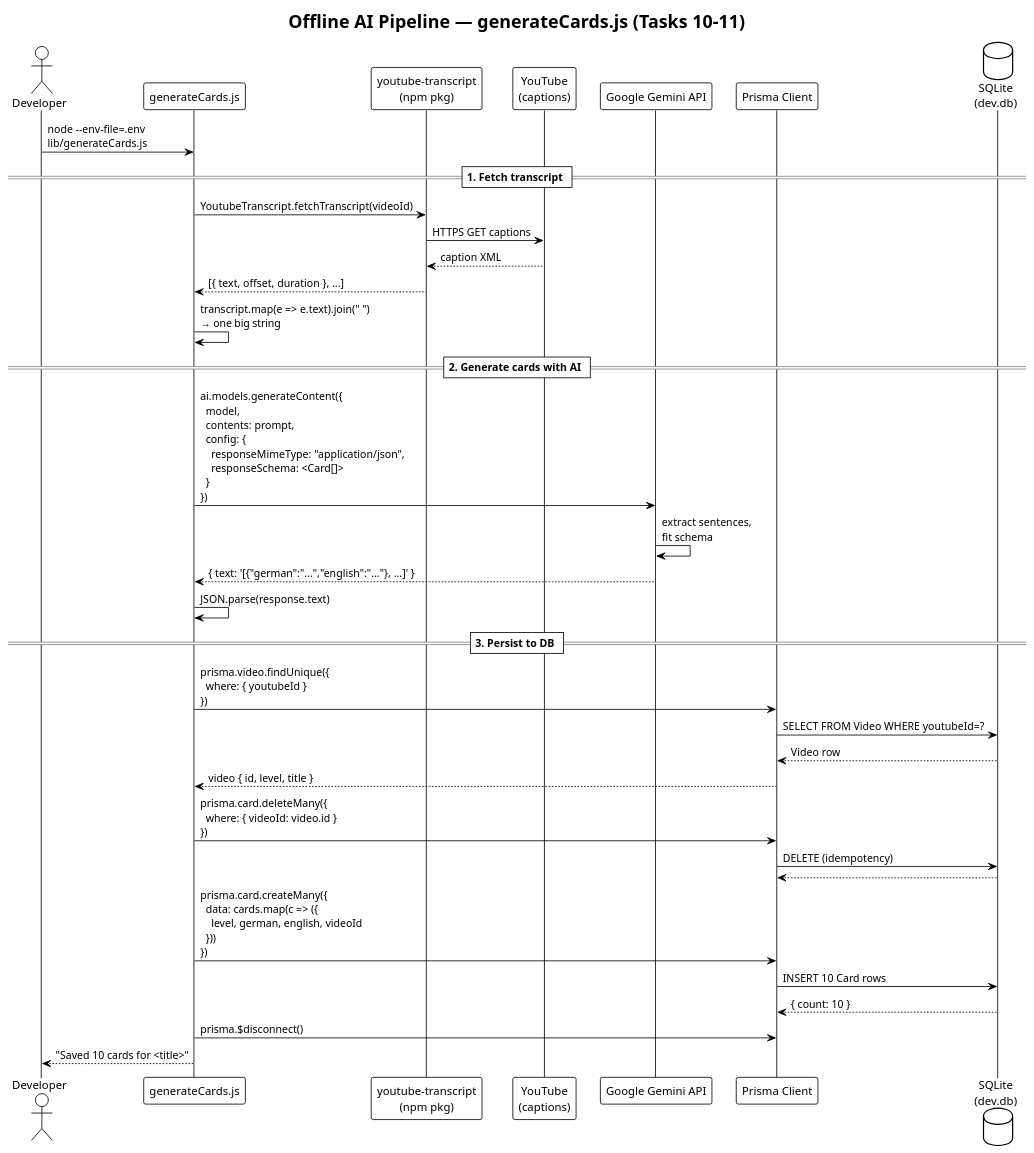
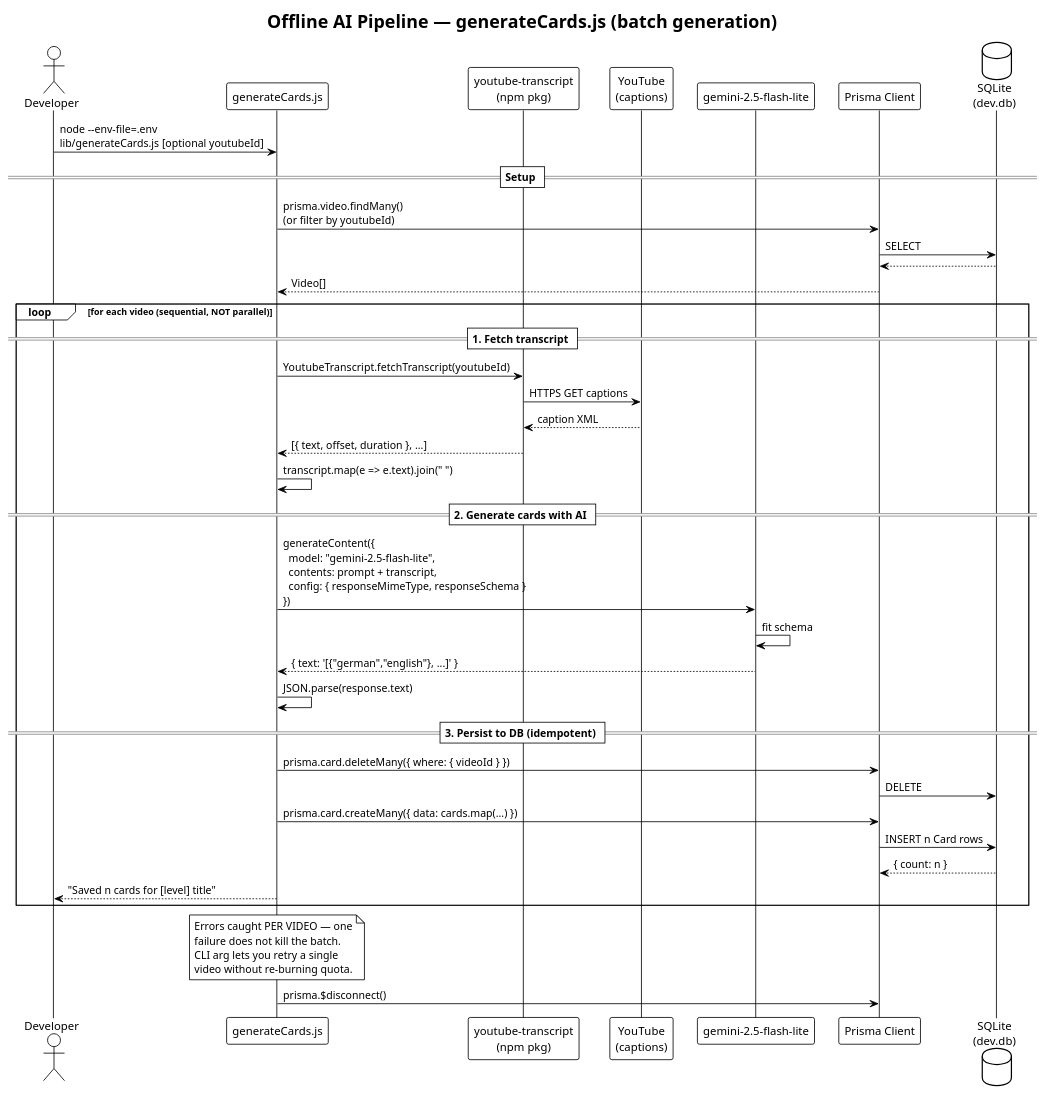
Before and after one commit to poojasha-tech/Flipdeutsch: the second of 5 diagrams in docs/architecture.puml, drawn with PlantUML. The commit also changed other lines of this file and 3 other files, not shown here.

First line of the commit message:
docs: engineering notes, polished README, updated architecture diagrams

```diff
--- a/docs/architecture.puml
+++ b/docs/architecture.puml
@@ -87,46 +92,54 @@
 @startuml 02_OfflinePipeline
 !theme plain
-title Offline AI Pipeline — generateCards.js (Tasks 10–11)
+title Offline AI Pipeline — generateCards.js (batch generation)
 
 actor "Developer" as dev
 participant "generateCards.js" as script
 participant "youtube-transcript\n(npm pkg)" as ytPkg
 participant "YouTube\n(captions)" as YT
-participant "Google Gemini API" as Gemini
+participant "gemini-2.5-flash-lite" as Gemini
 participant "Prisma Client" as prisma
 database "SQLite\n(dev.db)" as db
 
-dev -> script : node --env-file=.env\nlib/generateCards.js
+dev -> script : node --env-file=.env\nlib/generateCards.js [optional youtubeId]
 
-== 1. Fetch transcript ==
-script -> ytPkg : YoutubeTranscript.fetchTranscript(videoId)
-ytPkg -> YT : HTTPS GET captions
-YT --> ytPkg : caption XML
-ytPkg --> script : [{ text, offset, duration }, ...]
+== Setup ==
+script -> prisma : prisma.video.findMany()\n(or filter by youtubeId)
+prisma -> db : SELECT
+db --> prisma
+prisma --> script : Video[]
 
-script -> script : transcript.map(e => e.text).join(" ")\n→ one big string
+loop for each video (sequential, NOT parallel)
 
-== 2. Generate cards with AI ==
-script -> Gemini : ai.models.generateContent({\n  model,\n  contents: prompt,\n  config: {\n    responseMimeType: "application/json",\n    responseSchema: <Card[]>\n  }\n})
-Gemini -> Gemini : extract sentences,\nfit schema
-Gemini --> script : { text: '[{"german":"...","english":"..."}, ...]' }
+  == 1. Fetch transcript ==
+  script -> ytPkg : YoutubeTranscript.fetchTranscript(youtubeId)
+  ytPkg -> YT : HTTPS GET captions
+  YT --> ytPkg : caption XML
+  ytPkg --> script : [{ text, offset, duration }, ...]
+  script -> script : transcript.map(e => e.text).join(" ")
 
-script -> script : JSON.parse(response.text)
+  == 2. Generate cards with AI ==
+  script -> Gemini : generateContent({\n  model: "gemini-2.5-flash-lite",\n  contents: prompt + transcript,\n  config: { responseMimeType, responseSchema }\n})
+  Gemini -> Gemini : fit schema
+  Gemini --> script : { text: '[{"german","english"}, ...]' }
+  script -> script : JSON.parse(response.text)
 
-== 3. Persist to DB ==
-script -> prisma : prisma.video.findUnique({\n  where: { youtubeId }\n})
-prisma -> db : SELECT FROM Video WHERE youtubeId=?
-db --> prisma : Video row
-prisma --> script : video { id, level, title }
+  == 3. Persist to DB (idempotent) ==
+  script -> prisma : prisma.card.deleteMany({ where: { videoId } })
+  prisma -> db : DELETE
+  script -> prisma : prisma.card.createMany({ data: cards.map(...) })
+  prisma -> db : INSERT n Card rows
+  db --> prisma : { count: n }
+  script --> dev : "Saved n cards for [level] title"
 
-script -> prisma : prisma.card.deleteMany({\n  where: { videoId: video.id }\n})
-prisma -> db : DELETE (idempotency)
-db --> prisma
+end
 
-script -> prisma : prisma.card.createMany({\n  data: cards.map(c => ({\n    level, german, english, videoId\n  }))\n})
-prisma -> db : INSERT 10 Card rows
-db --> prisma : { count: 10 }
+note over script
+  Errors caught PER VIDEO — one
+  failure does not kill the batch.
+  CLI arg lets you retry a single
+  video without re-burning quota.
+end note
 
 script -> prisma : prisma.$disconnect()
-script --> dev : "Saved 10 cards for <title>"
 @enduml
```
